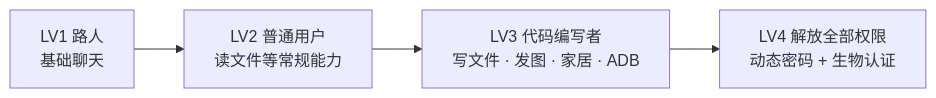
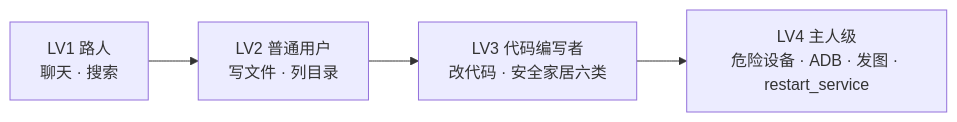
Before and after one commit to Xun201/xiaoju3-agent: the third of 3 diagrams in 架构设计文档.md, drawn with Mermaid. The commit also changed other lines of this file and 7 other files, not shown here.

````diff
--- a/架构设计文档.md
+++ b/架构设计文档.md
@@ -197,4 +197,4 @@
 ```mermaid
 flowchart LR
-    LV1["LV1 路人<br/>基础聊天"] --> LV2["LV2 普通用户<br/>读文件等常规能力"] --> LV3["LV3 代码编写者<br/>写文件 · 发图 · 家居 · ADB"] --> LV4["LV4 解放全部权限<br/>动态密码 + 生物认证"]
+    LV1["LV1 路人<br/>聊天 · 搜索"] --> LV2["LV2 普通用户<br/>写文件 · 列目录"] --> LV3["LV3 代码编写者<br/>改代码 · 安全家居六类"] --> LV4["LV4 主人级<br/>危险设备 · ADB · 发图 · restart_service"]
 ```
````
